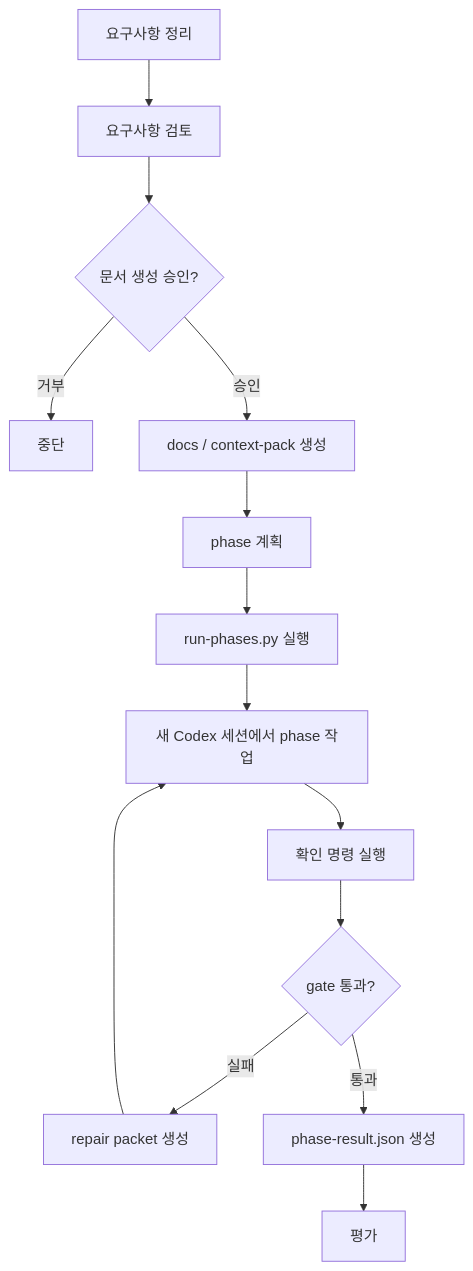
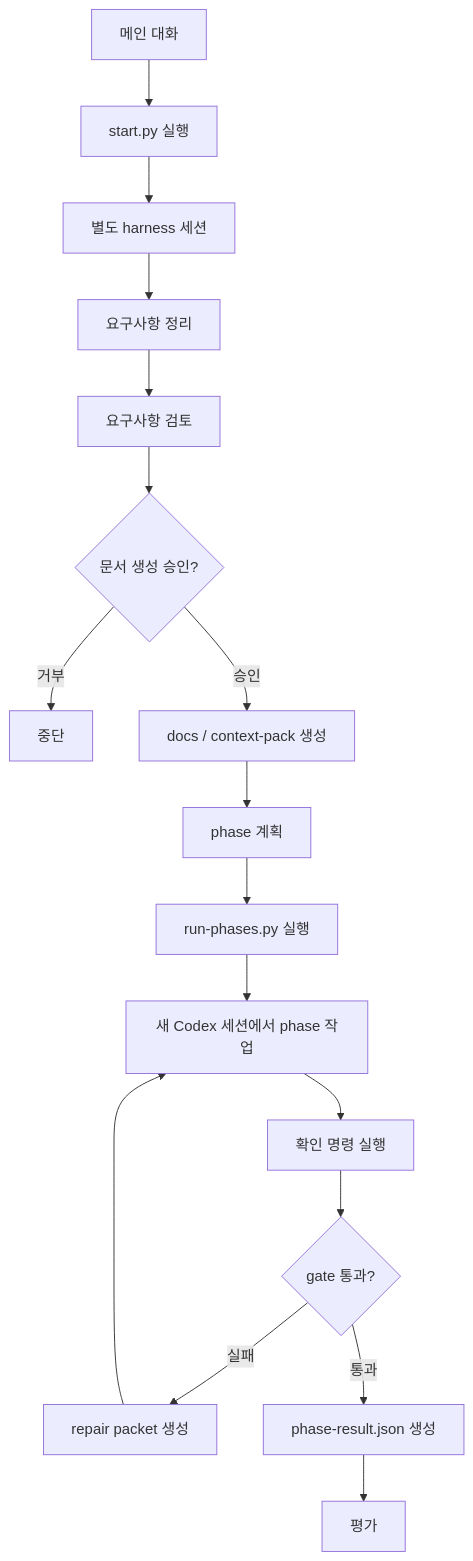
The diagram in README.md (SEONGMINY/codex-harness), drawn with Mermaid before and after one commit. The commit also changed other lines of this file and 3 other files, not shown here.

````diff
--- a/README.md
+++ b/README.md
@@ -18,16 +19,19 @@
 ```mermaid
 flowchart TD
-  A["요구사항 정리"] --> B["요구사항 검토"]
-  B --> C{"문서 생성 승인?"}
-  C -- "거부" --> X["중단"]
-  C -- "승인" --> D["docs / context-pack 생성"]
-  D --> E["phase 계획"]
-  E --> F["run-phases.py 실행"]
-  F --> G["새 Codex 세션에서 phase 작업"]
-  G --> H["확인 명령 실행"]
-  H --> I{"gate 통과?"}
-  I -- "실패" --> J["repair packet 생성"]
-  J --> G
-  I -- "통과" --> K["phase-result.json 생성"]
-  K --> L["평가"]
+  A["메인 대화"] --> B["start.py 실행"]
+  B --> C["별도 harness 세션"]
+  C --> D["요구사항 정리"]
+  D --> E["요구사항 검토"]
+  E --> F{"문서 생성 승인?"}
+  F -- "거부" --> X["중단"]
+  F -- "승인" --> G["docs / context-pack 생성"]
+  G --> H["phase 계획"]
+  H --> I["run-phases.py 실행"]
+  I --> J["새 Codex 세션에서 phase 작업"]
+  J --> K["확인 명령 실행"]
+  K --> L{"gate 통과?"}
+  L -- "실패" --> M["repair packet 생성"]
+  M --> J
+  L -- "통과" --> N["phase-result.json 생성"]
+  N --> O["평가"]
 ```
````
